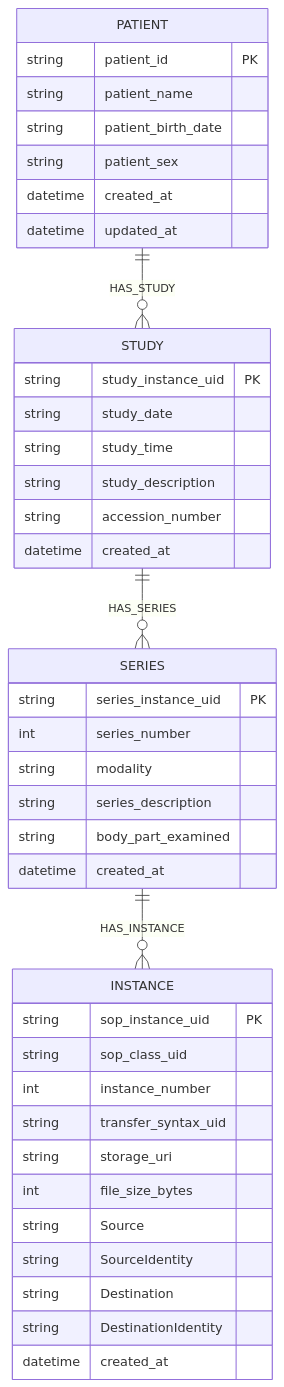
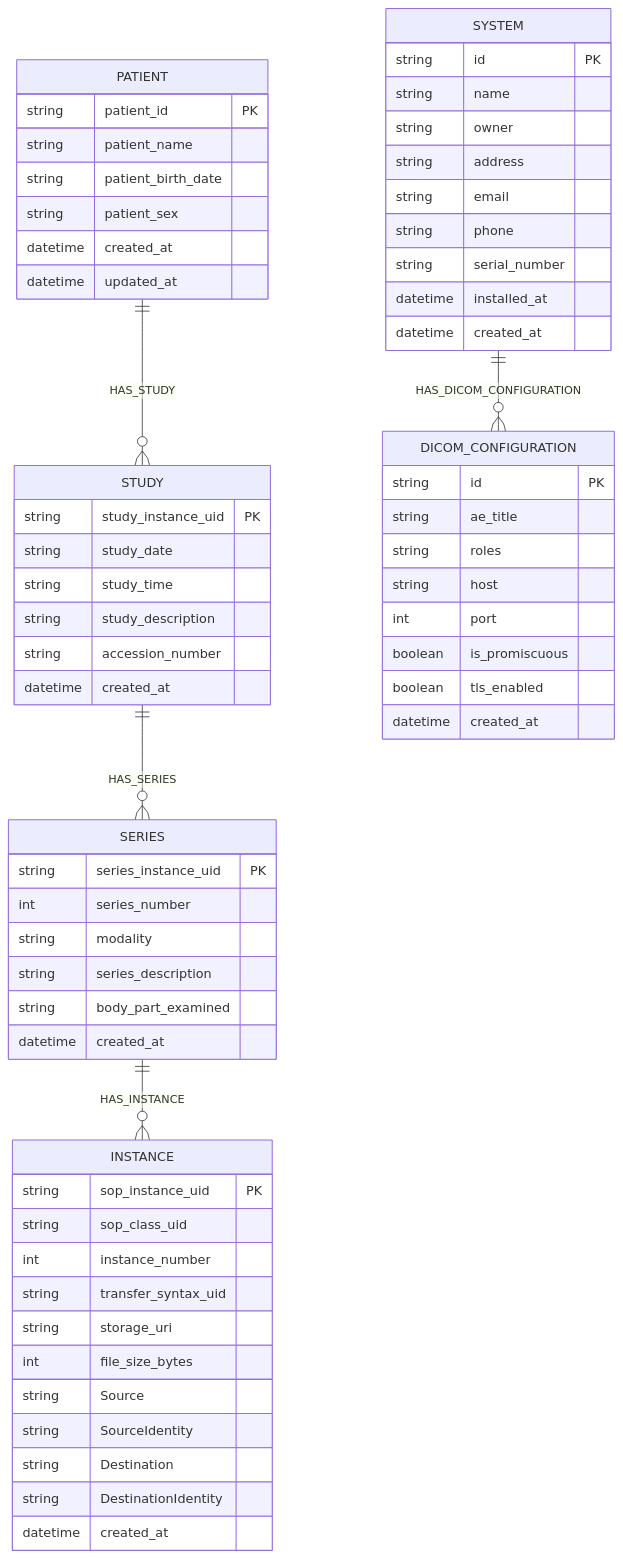
Before and after one commit to gosmart-health/gosmart-graphite: the second of 2 diagrams in docs/design/gsgs_010_system_design_specification.md, drawn with Mermaid. The commit also changed other lines of this file and 15 other files, not shown here.

Commit message:
feat(system): add System and DICOMConfiguration graph nodes, CRUD API, and MCP tools

````diff
--- a/docs/design/gsgs_010_system_design_specification.md
+++ b/docs/design/gsgs_010_system_design_specification.md
@@ -140,44 +148,66 @@
 ```mermaid
 erDiagram
     PATIENT {
         string patient_id PK
         string patient_name
         string patient_birth_date
         string patient_sex
         datetime created_at
         datetime updated_at
     }
     STUDY {
         string study_instance_uid PK
         string study_date
         string study_time
         string study_description
         string accession_number
         datetime created_at
     }
     SERIES {
         string series_instance_uid PK
         int series_number
         string modality
         string series_description
         string body_part_examined
         datetime created_at
     }
     INSTANCE {
         string sop_instance_uid PK
         string sop_class_uid
         int instance_number
         string transfer_syntax_uid
         string storage_uri
         int file_size_bytes
         string Source
         string SourceIdentity
         string Destination
         string DestinationIdentity
         datetime created_at
     }
+    SYSTEM {
+        string id PK
+        string name
+        string owner
+        string address
+        string email
+        string phone
+        string serial_number
+        datetime installed_at
+        datetime created_at
+    }
+    DICOM_CONFIGURATION {
+        string id PK
+        string ae_title
+        string roles
+        string host
+        int port
+        boolean is_promiscuous
+        boolean tls_enabled
+        datetime created_at
+    }
 
+    SYSTEM ||--o{ DICOM_CONFIGURATION : HAS_DICOM_CONFIGURATION
     PATIENT ||--o{ STUDY : HAS_STUDY
     STUDY ||--o{ SERIES : HAS_SERIES
     SERIES ||--o{ INSTANCE : HAS_INSTANCE
 ```
````
